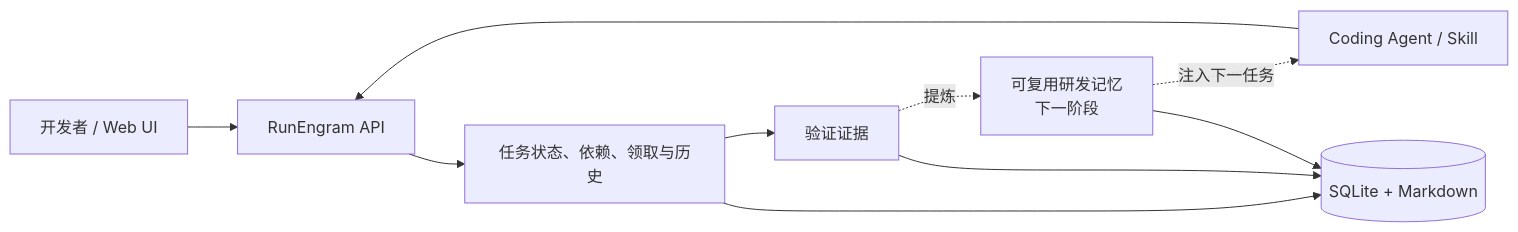
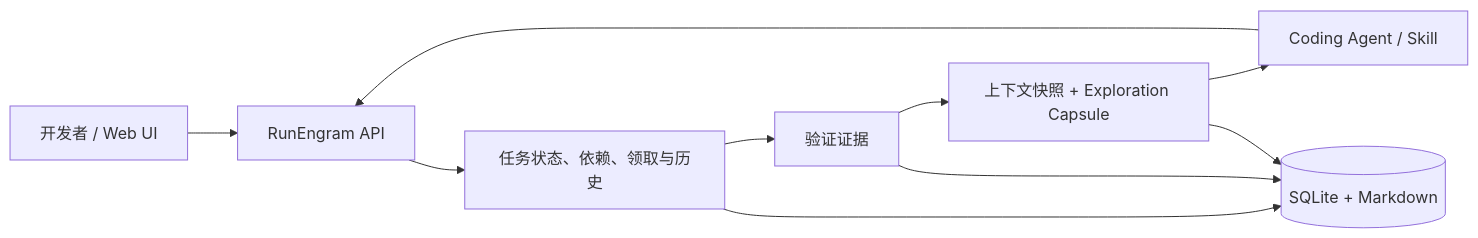
The diagram in README.zh-CN.md (MoonTseng/RunEngram), drawn with Mermaid before and after one commit. The commit also changed other lines of this file and 22 other files, not shown here.

````diff
--- a/README.zh-CN.md
+++ b/README.zh-CN.md
@@ -142,20 +159,20 @@
 ```mermaid
 flowchart LR
     Human["开发者 / Web UI"]
     Agent["Coding Agent / Skill"]
     API["RunEngram API"]
     Task["任务状态、依赖、领取与历史"]
     Evidence["验证证据"]
-    Learning["可复用研发记忆<br/>下一阶段"]
+    Learning["上下文快照 + Exploration Capsule"]
     Store[("SQLite + Markdown")]
 
     Human --> API
     Agent --> API
     API --> Task
     Task --> Evidence
-    Evidence -.提炼.-> Learning
-    Learning -.注入下一任务.-> Agent
+    Evidence --> Learning
+    Learning --> Agent
     Task --> Store
     Evidence --> Store
     Learning --> Store
 ```
````
